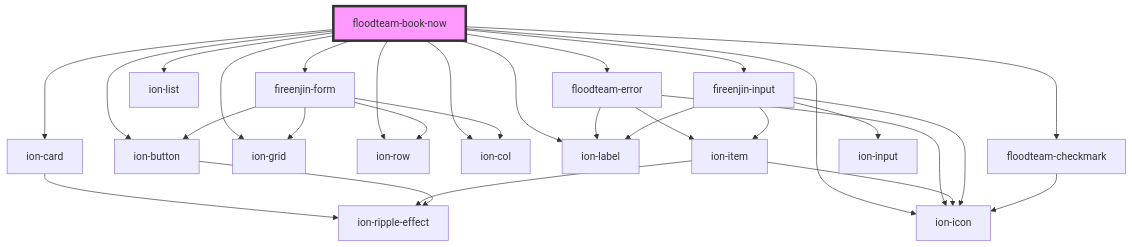
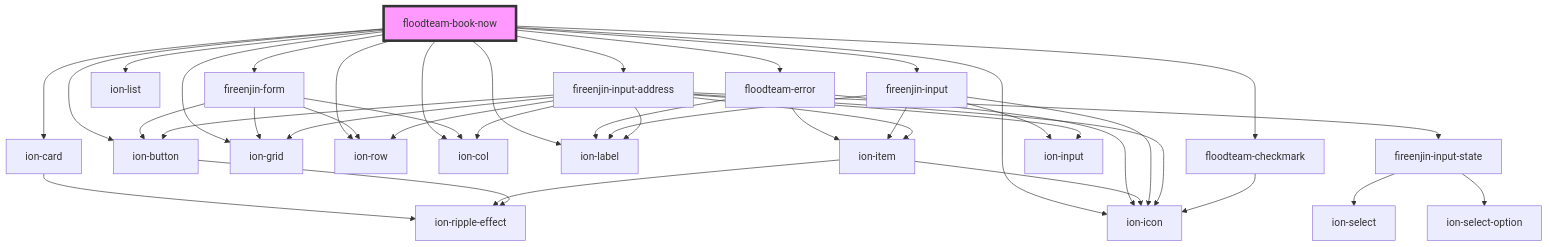
Before and after one commit to FloodTeam/components: the diagram in src/components/book-now/readme.md, drawn with Mermaid. The commit also changed other lines of this file and 8 other files, not shown here.

````diff
--- a/src/components/book-now/readme.md
+++ b/src/components/book-now/readme.md
@@ -43,32 +44,44 @@
 ```mermaid
 graph TD;
   floodteam-book-now --> ion-card
   floodteam-book-now --> floodteam-error
   floodteam-book-now --> fireenjin-form
   floodteam-book-now --> ion-list
   floodteam-book-now --> fireenjin-input
+  floodteam-book-now --> fireenjin-input-address
   floodteam-book-now --> floodteam-checkmark
   floodteam-book-now --> ion-grid
   floodteam-book-now --> ion-row
   floodteam-book-now --> ion-col
   floodteam-book-now --> ion-label
   floodteam-book-now --> ion-button
   floodteam-book-now --> ion-icon
   ion-card --> ion-ripple-effect
   floodteam-error --> ion-item
   floodteam-error --> ion-icon
   floodteam-error --> ion-label
   ion-item --> ion-icon
   ion-item --> ion-ripple-effect
   fireenjin-form --> ion-grid
   fireenjin-form --> ion-row
   fireenjin-form --> ion-col
   fireenjin-form --> ion-button
   ion-button --> ion-ripple-effect
   fireenjin-input --> ion-input
   fireenjin-input --> ion-item
   fireenjin-input --> ion-icon
   fireenjin-input --> ion-label
+  fireenjin-input-address --> ion-item
+  fireenjin-input-address --> ion-label
+  fireenjin-input-address --> ion-input
+  fireenjin-input-address --> ion-grid
+  fireenjin-input-address --> ion-row
+  fireenjin-input-address --> ion-col
+  fireenjin-input-address --> fireenjin-input-state
+  fireenjin-input-address --> ion-button
+  fireenjin-input-address --> ion-icon
+  fireenjin-input-state --> ion-select
+  fireenjin-input-state --> ion-select-option
   floodteam-checkmark --> ion-icon
   style floodteam-book-now fill:#f9f,stroke:#333,stroke-width:4px
 ```
````
